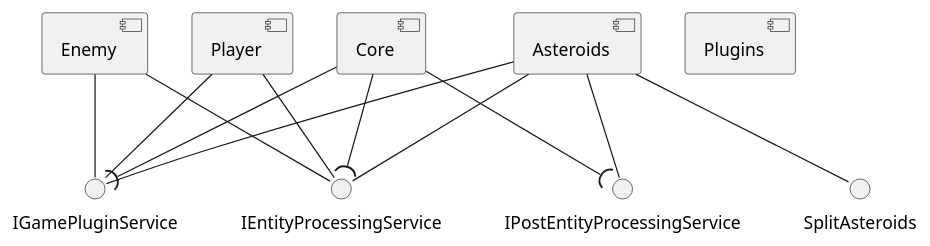
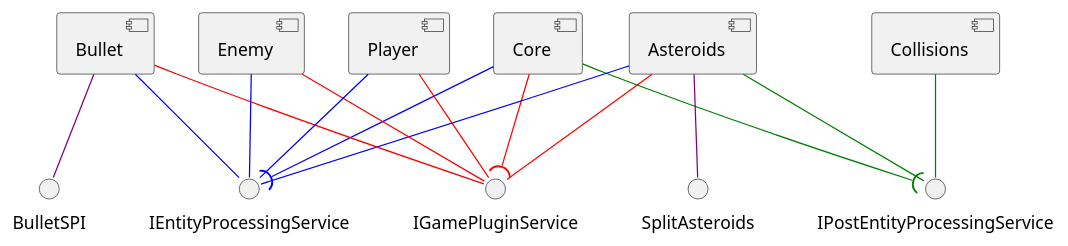
The diagram in diagrams/componentsbased_uml/Refined_Componentsbased.puml (vimis22/PlantUML-Diagrams), drawn with PlantUML before and after one commit. The commit also changed other lines of this file and 10 other files, not shown here.

Commit message:
I have tried to fix the Refined_Componentsbased.puml, along with creating seperate Classdiagrams for each module.

```diff
--- a/diagrams/componentsbased_uml/Refined_Componentsbased.puml
+++ b/diagrams/componentsbased_uml/Refined_Componentsbased.puml
@@ -1,21 +1,25 @@
 @startuml
 'https://plantuml.com/component-diagram
 
-[Core] --( IGamePluginService
-[Core] --( IEntityProcessingService
-[Core] --( IPostEntityProcessingService
+[Core] -[#red]-( IGamePluginService
+[Core] -[#blue]-( IEntityProcessingService
+[Core] -[#green]-( IPostEntityProcessingService
 
-[Plugins]
+[Asteroids] -[#red]- IGamePluginService
+[Asteroids] -[#blue]- IEntityProcessingService
+[Asteroids] -[#green]- IPostEntityProcessingService
+[Asteroids] -[#purple]- SplitAsteroids
 
-[Asteroids] -- IEntityProcessingService
-[Asteroids] -- IPostEntityProcessingService
-[Asteroids] -- IGamePluginService
-[Asteroids] -- SplitAsteroids
+[Bullet] -[#red]- IGamePluginService
+[Bullet] -[#blue]- IEntityProcessingService
+[Bullet] -[#purple]- BulletSPI
 
-[Enemy] -- IEntityProcessingService
-[Enemy] -- IGamePluginService
-[Player] -- IEntityProcessingService
-[Player] -- IGamePluginService
+[Enemy] -[#red]- IGamePluginService
+[Enemy] -[#blue]- IEntityProcessingService
 
+[Player] -[#red]- IGamePluginService
+[Player] -[#blue]- IEntityProcessingService
+
+[Collisions] -[#green]- IPostEntityProcessingService
 
 @enduml
```
